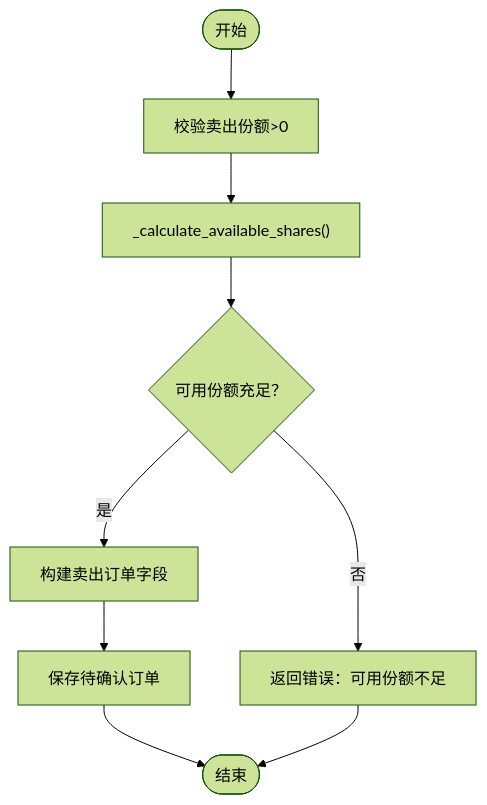
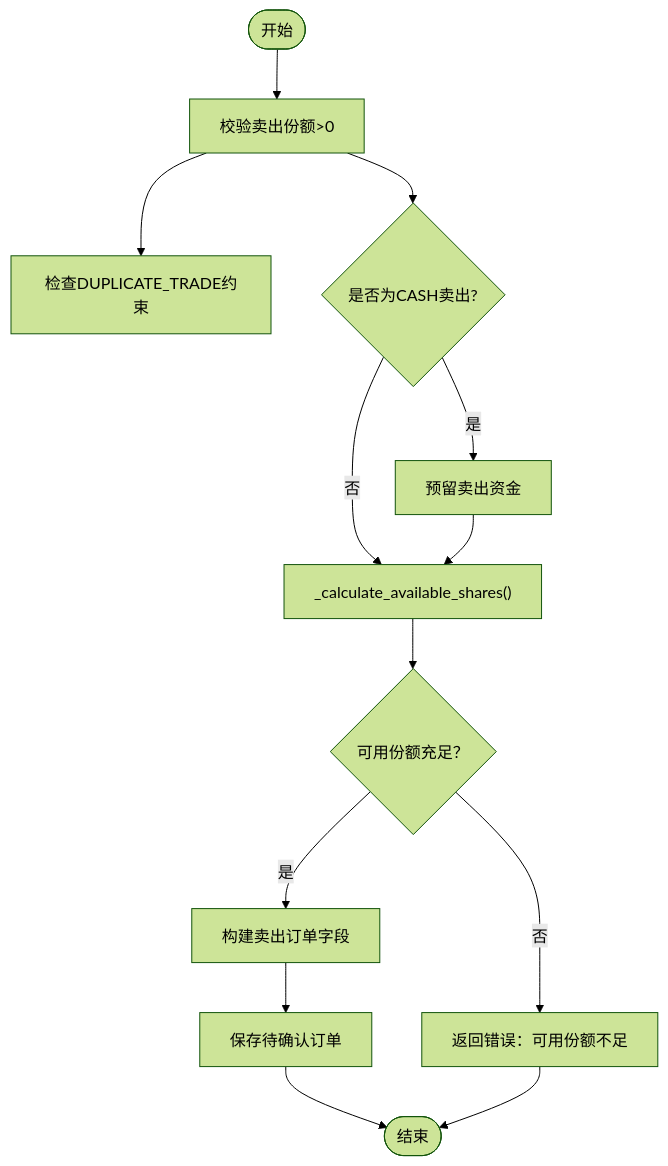
One commit to gujialind/InvestRing changed diagram 11 of 16 in .qoder/repowiki/zh/content/核心业务功能/交易处理.md. Above: the diagram before and after it, drawn with Mermaid (forest theme). The commit also changed other lines of this file and 15 other files, not shown here.

````diff
--- a/.qoder/repowiki/zh/content/核心业务功能/交易处理.md
+++ b/.qoder/repowiki/zh/content/核心业务功能/交易处理.md
@@ -488,11 +513,15 @@
 ```mermaid
 flowchart TD
 Start(["开始"]) --> CheckShares["校验卖出份额>0"]
-CheckShares --> ShareCalc["_calculate_available_shares()"]
+CheckShares --> CheckDuplicate["检查DUPLICATE_TRADE约束"]
+CheckShares --> CheckCashType{"是否为CASH卖出?"}
+CheckCashType --> |是| ReserveCash["预留卖出资金"]
+CheckCashType --> |否| ShareCalc["_calculate_available_shares()"]
+ReserveCash --> ShareCalc
 ShareCalc --> Enough{"可用份额充足？"}
 Enough --> |否| Err["返回错误：可用份额不足"]
 Enough --> |是| Build["构建卖出订单字段"]
 Build --> Save["保存待确认订单"]
 Save --> End(["结束"])
 Err --> End
 ```
````
